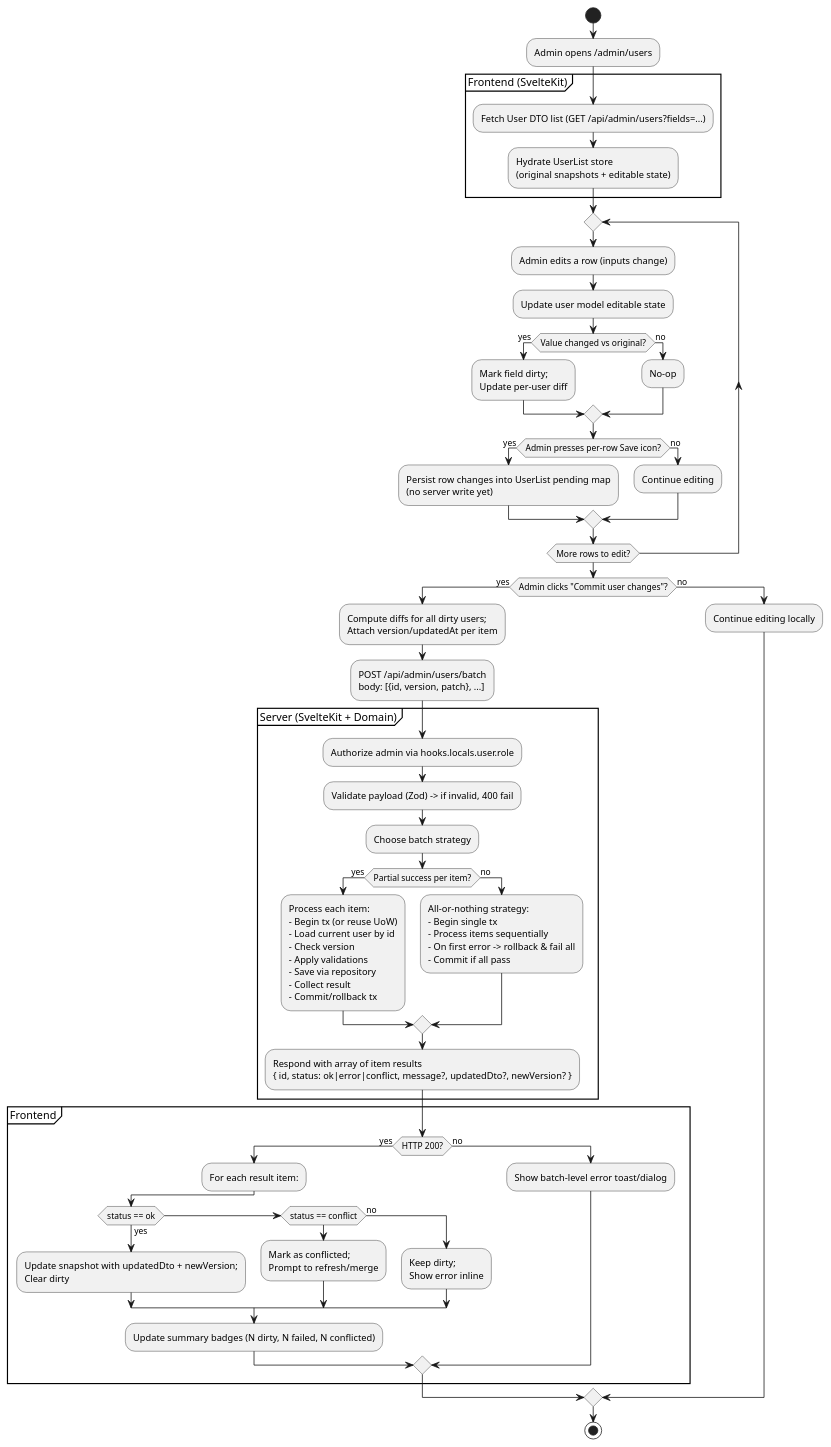
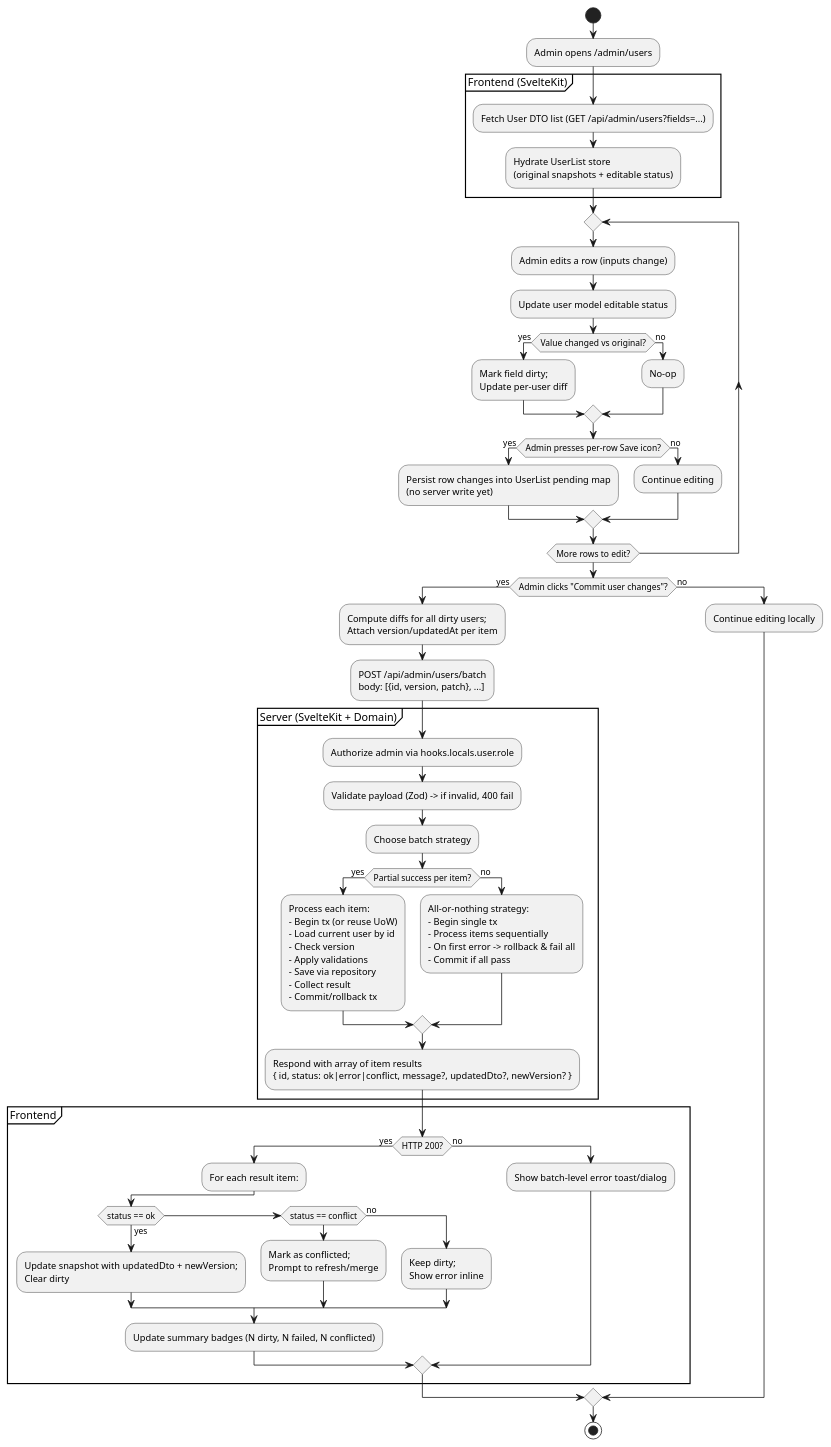
The diagram in diagrams/flowchart.puml (patarok/godot-development), drawn with PlantUML before and after one commit. The commit also changed 166 other files, not shown here.

```diff
--- a/diagrams/flowchart.puml
+++ b/diagrams/flowchart.puml
@@ -1,76 +1,76 @@
 @startuml
 skinparam linetype ortho
 skinparam monochrome false
 skinparam defaultFontName JetBrains Mono
 skinparam activity {
   BackgroundColor<<frontend>> #EEF7FF
   BackgroundColor<<server>>   #FFF6E5
   BackgroundColor<<db>>       #F0FFF0
 }
 
 start
 
 :Admin opens /admin/users;
 
 partition "Frontend (SvelteKit)" <<frontend>> {
   :Fetch User DTO list (GET /api/admin/users?fields=...);
-  :Hydrate UserList store\n(original snapshots + editable state);
+  :Hydrate UserList store\n(original snapshots + editable status);
 }
 
 repeat
   :Admin edits a row (inputs change);
-  :Update user model editable state;
+  :Update user model editable status;
 
   if (Value changed vs original?) then (yes)
     :Mark field dirty;\nUpdate per-user diff;
   else (no)
     :No-op;
   endif
 
   if (Admin presses per-row Save icon?) then (yes)
     :Persist row changes into UserList pending map\n(no server write yet);
   else (no)
     :Continue editing;
   endif
 
 repeat while (More rows to edit?)
 
 if (Admin clicks "Commit user changes"?) then (yes)
   :Compute diffs for all dirty users;\nAttach version/updatedAt per item;
   :POST /api/admin/users/batch\nbody: [{id, version, patch}, ...];
 
   partition "Server (SvelteKit + Domain)" <<server>> {
     :Authorize admin via hooks.locals.user.role;
     :Validate payload (Zod) -> if invalid, 400 fail;
 
     :Choose batch strategy;
     if (Partial success per item?) then (yes)
       :Process each item:\n- Begin tx (or reuse UoW)\n- Load current user by id\n- Check version\n- Apply validations\n- Save via repository\n- Collect result\n- Commit/rollback tx;
     else (no)
       :All-or-nothing strategy:\n- Begin single tx\n- Process items sequentially\n- On first error -> rollback & fail all\n- Commit if all pass;
     endif
 
     :Respond with array of item results\n{ id, status: ok|error|conflict, message?, updatedDto?, newVersion? };
   }
 
   partition "Frontend" <<frontend>> {
     if (HTTP 200?) then (yes)
       :For each result item:;
       if (status == ok) then (yes)
         :Update snapshot with updatedDto + newVersion;\nClear dirty;
       elseif (status == conflict)
         :Mark as conflicted;\nPrompt to refresh/merge;
       else (no)
         :Keep dirty;\nShow error inline;
       endif
       :Update summary badges (N dirty, N failed, N conflicted);
     else (no)
       :Show batch-level error toast/dialog;
     endif
   }
 else (no)
   :Continue editing locally;
 endif
 
 stop
 @enduml
```
